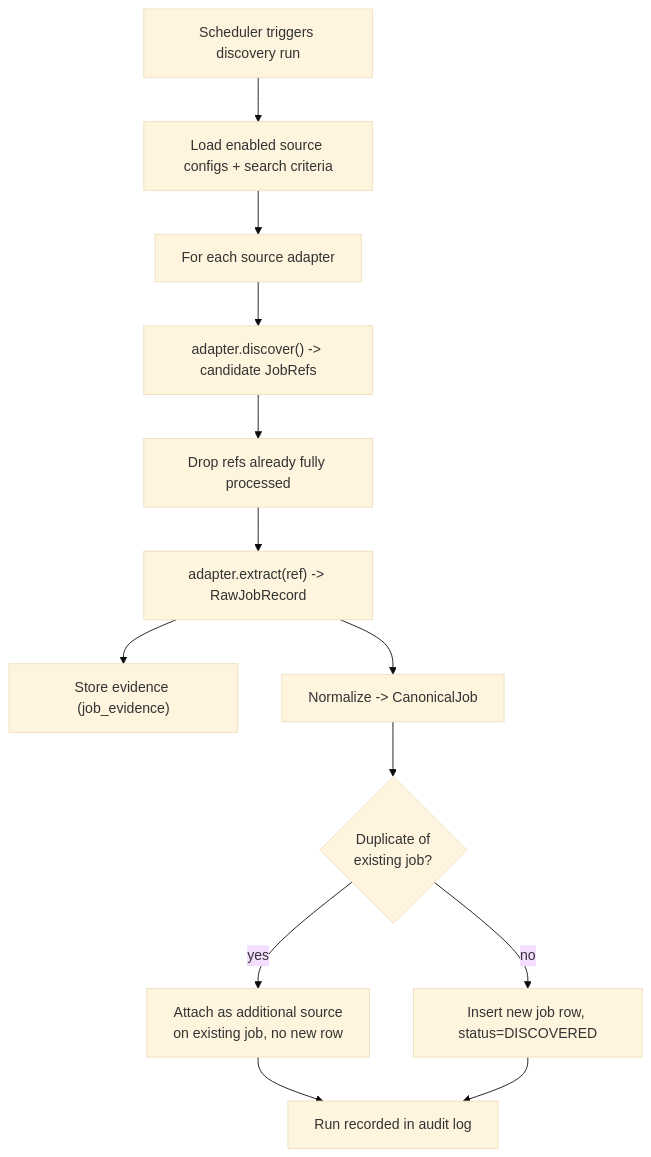
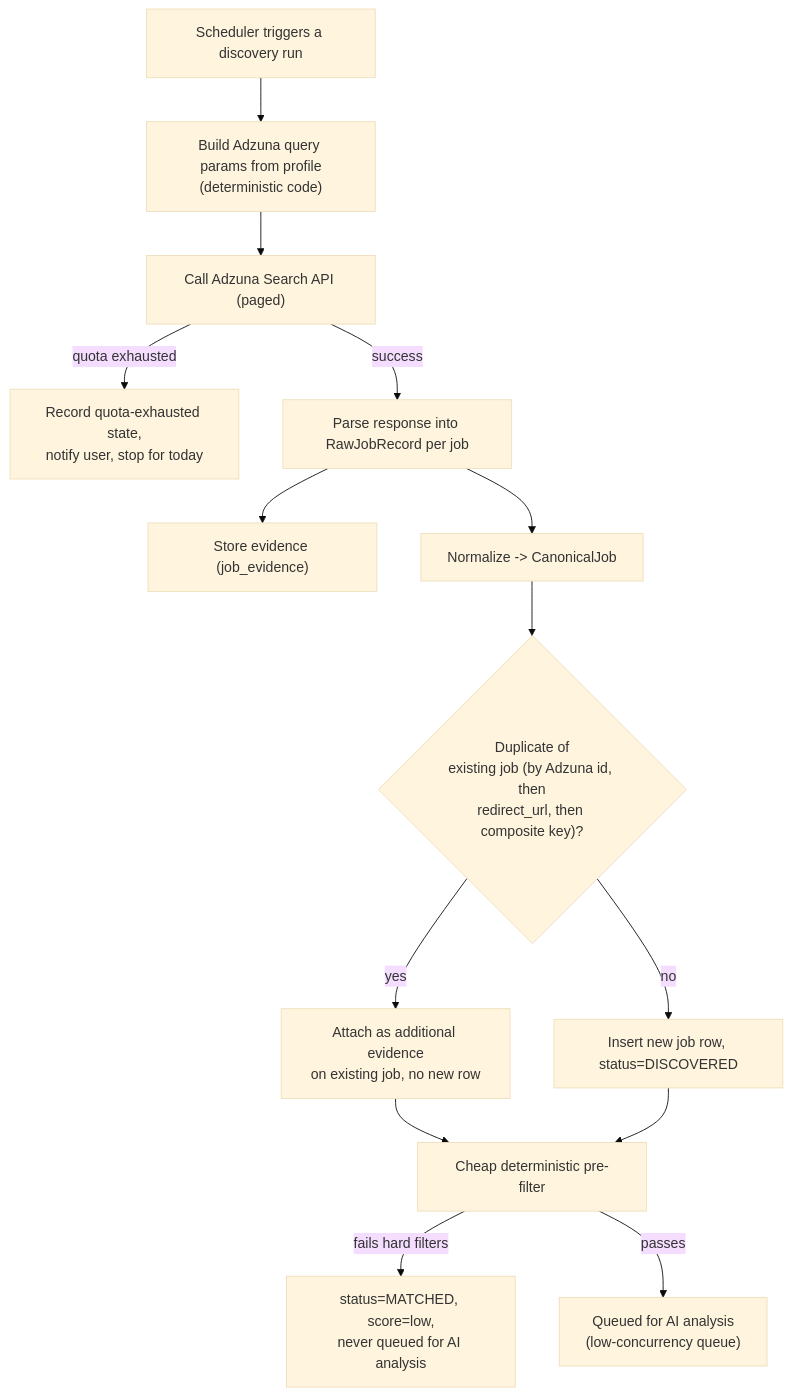
One commit to wassimrahoui/adhd-job-agent changed the second of 3 diagrams in docs/03-job-sources-and-browser-automation.md. Above: the diagram before and after it, drawn with Mermaid (base theme). The commit also changed other lines of this file and 4 other files, not shown here.

````diff
--- a/docs/03-job-sources-and-browser-automation.md
+++ b/docs/03-job-sources-and-browser-automation.md
@@ -37,15 +53,16 @@
 ```mermaid
 flowchart TD
-    SCHED["Scheduler triggers discovery run"] --> CONF["Load enabled source configs + search criteria"]
-    CONF --> PERSOURCE["For each source adapter"]
-    PERSOURCE --> DISCOVER["adapter.discover() -> candidate JobRefs"]
-    DISCOVER --> FILTERSEEN["Drop refs already fully processed"]
-    FILTERSEEN --> EXTRACT["adapter.extract(ref) -> RawJobRecord"]
-    EXTRACT --> EVIDSTORE["Store evidence (job_evidence)"]
-    EXTRACT --> NORM["Normalize -> CanonicalJob"]
-    NORM --> DEDUP{"Duplicate of\nexisting job?"}
-    DEDUP -->|yes| MERGE["Attach as additional source\non existing job, no new row"]
+    SCHED["Scheduler triggers a discovery run"] --> QUERYBUILD["Build Adzuna query params from profile\n(deterministic code)"]
+    QUERYBUILD --> CALL["Call Adzuna Search API (paged)"]
+    CALL -->|quota exhausted| QUOTA["Record quota-exhausted state,\nnotify user, stop for today"]
+    CALL -->|success| PARSE["Parse response into RawJobRecord per job"]
+    PARSE --> EVIDSTORE["Store evidence (job_evidence)"]
+    PARSE --> NORM["Normalize -> CanonicalJob"]
+    NORM --> DEDUP{"Duplicate of\nexisting job (by Adzuna id, then\nredirect_url, then composite key)?"}
+    DEDUP -->|yes| MERGE["Attach as additional evidence\non existing job, no new row"]
     DEDUP -->|no| INSERT["Insert new job row, status=DISCOVERED"]
-    MERGE --> DONE["Run recorded in audit log"]
-    INSERT --> DONE
+    MERGE --> FILTER["Cheap deterministic pre-filter"]
+    INSERT --> FILTER
+    FILTER -->|fails hard filters| NOMATCH["status=MATCHED, score=low,\nnever queued for AI analysis"]
+    FILTER -->|passes| QUEUEIT["Queued for AI analysis\n(low-concurrency queue)"]
 ```
````
